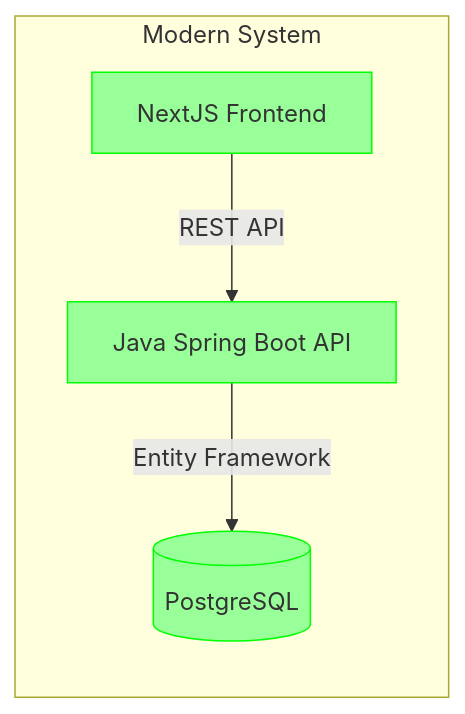
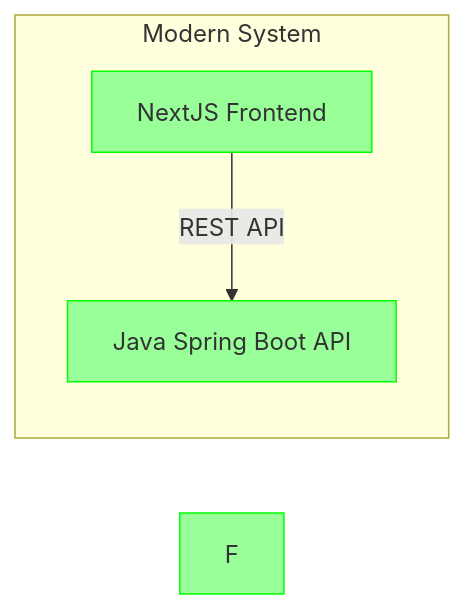
The second of 2 diagrams in README.md (ysfcndgr/CustomerManagementRPG), drawn with Mermaid before and after one commit.

````diff
--- a/README.md
+++ b/README.md
@@ -22,10 +22,10 @@
 ```mermaid
 graph LR
     subgraph "Modern System"
         D[NextJS Frontend] -->|REST API| E[Java Spring Boot API]
-        E -->|Entity Framework| F[(PostgreSQL)]
+   
         style D fill:#99ff99,stroke:#00ff00
         style E fill:#99ff99,stroke:#00ff00
         style F fill:#99ff99,stroke:#00ff00
     end
 ```
````
